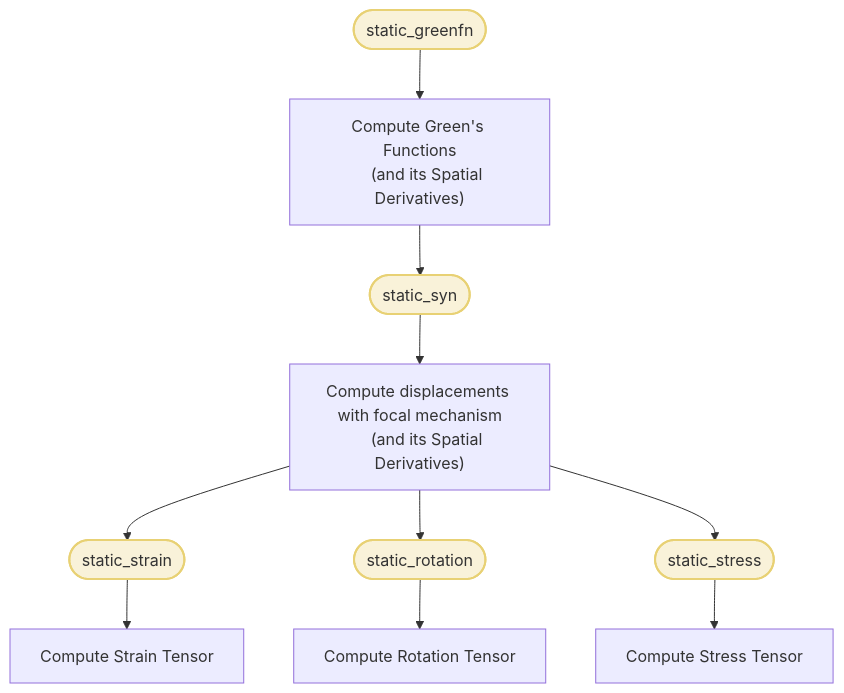
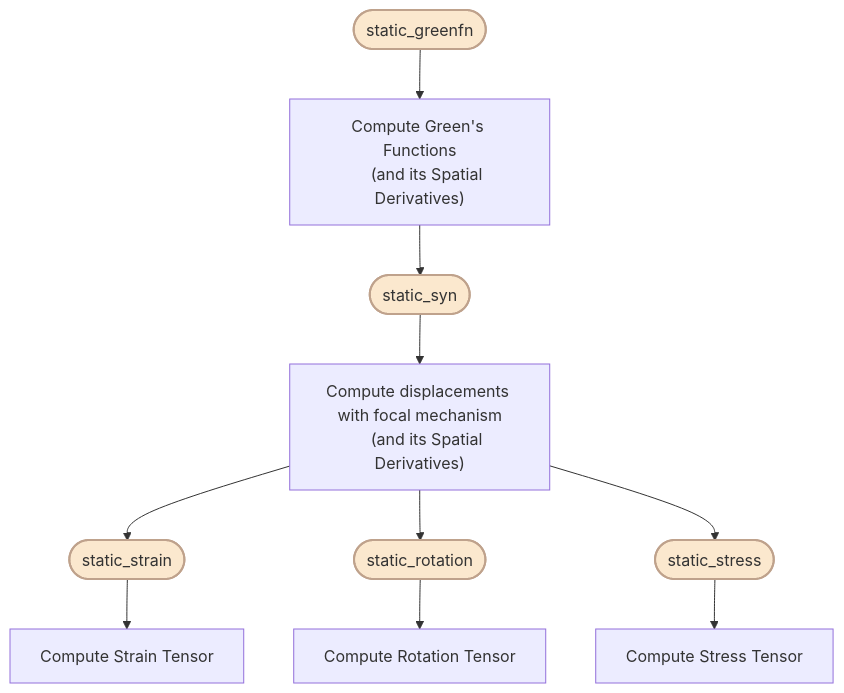
The second of 2 diagrams in docs/source/Tutorial/static/index.rst (Dengda98/PyGRT), drawn with Mermaid before and after one commit. The commit also changed other lines of this file and 19 other files, not shown here.

```diff
--- a/docs/source/Tutorial/static/index.rst
+++ b/docs/source/Tutorial/static/index.rst
@@ -40,26 +40,26 @@
 .. mermaid::
 
     flowchart TB 
 
         GG(["static_greenfn"])
         SS(["static_syn"])
         EE(["static_strain"])
         RR(["static_rotation"])
         TT(["static_stress"])
 
         G["Compute Green's Functions
         (and its Spatial Derivatives)"]
         S["Compute displacements with focal mechanism
         (and its Spatial Derivatives)"]
         E["Compute Strain Tensor"]
         R["Compute Rotation Tensor"]
         T["Compute Stress Tensor"]
 
         GG --> G
         G --> SS --> S
         S --> EE --> E
         S --> RR --> R
         S --> TT --> T
         
-        classDef cmdcls fill:#f9f2d9,stroke:#e8d174,stroke-width:2px,color:#333;
+        classDef cmdcls fill:#FBE8CE,stroke:#BFA28C,stroke-width:2px,color:#333;
         class GG,SS,EE,RR,TT cmdcls
```
